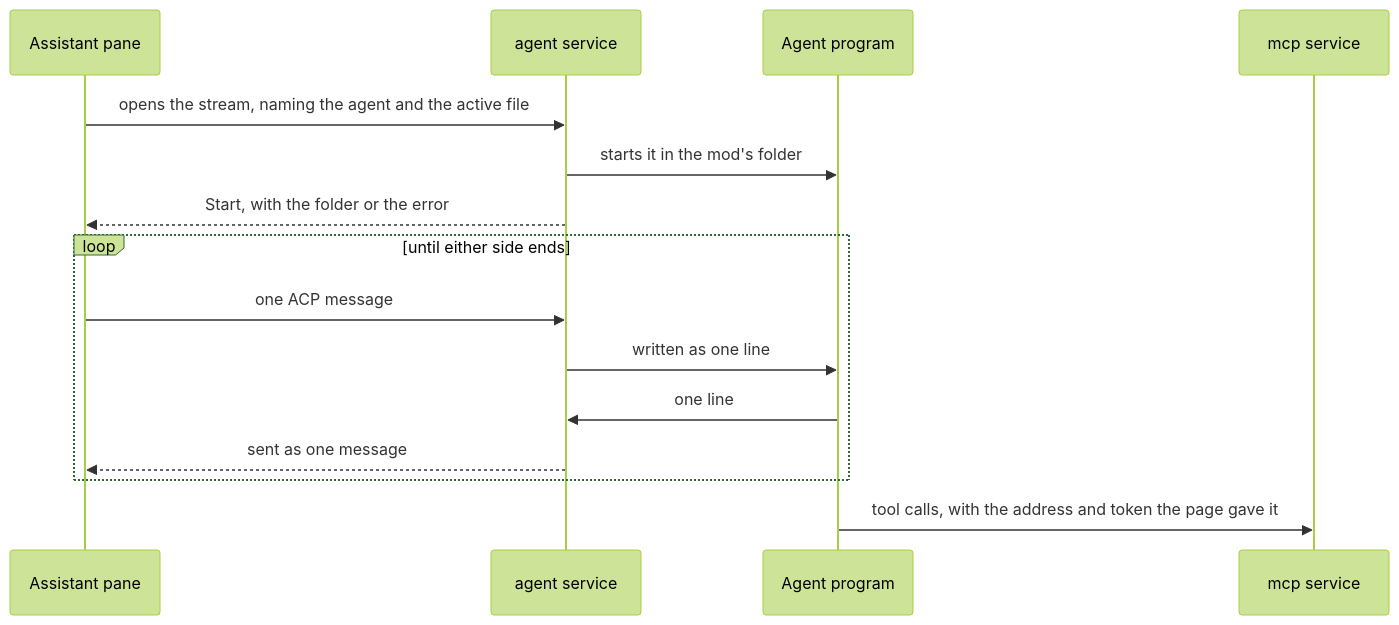
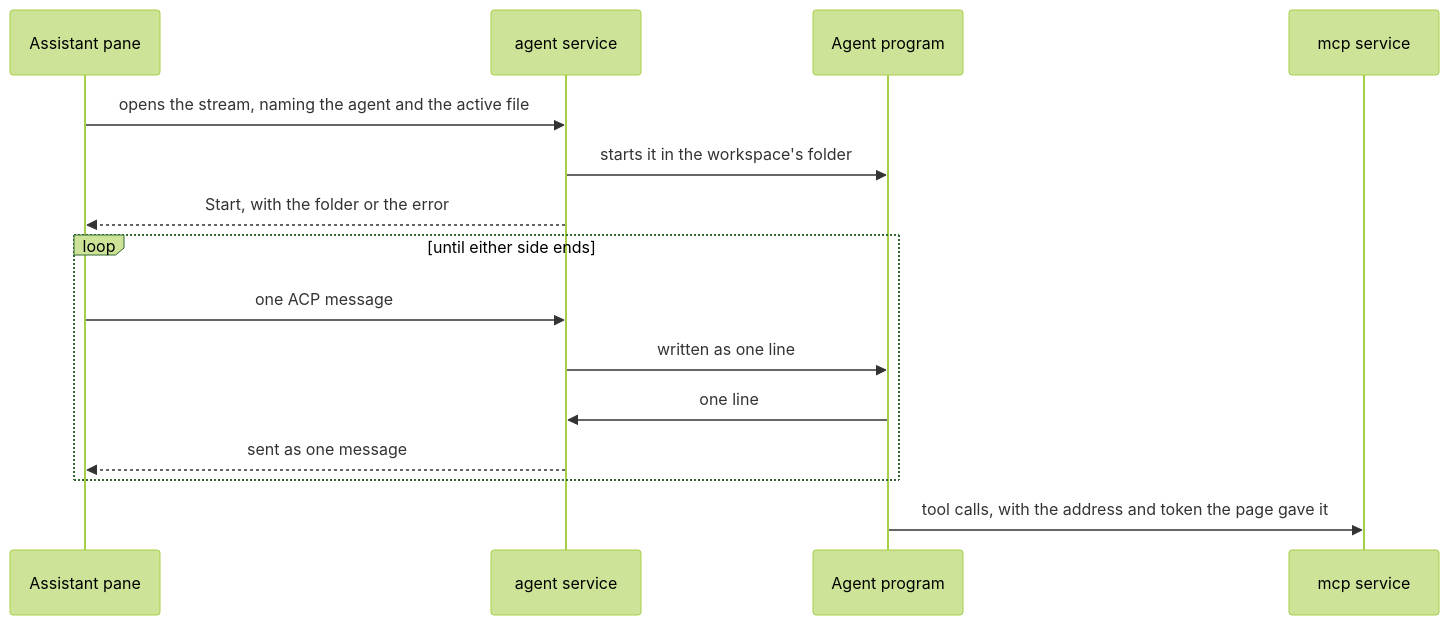
One commit to idodavis/paradox-modding-tools changed the diagram in services/agent/README.md. Above: the diagram before and after it, drawn with Mermaid (forest theme). The commit also changed other lines of this file and 69 other files, not shown here.

````diff
--- a/services/agent/README.md
+++ b/services/agent/README.md
@@ -17,17 +17,17 @@
 ```mermaid
 sequenceDiagram
   participant Page as Assistant pane
   participant Go as agent service
   participant Agent as Agent program
   participant MCP as mcp service
   Page->>Go: opens the stream, naming the agent and the active file
-  Go->>Agent: starts it in the mod's folder
+  Go->>Agent: starts it in the workspace's folder
   Go-->>Page: Start, with the folder or the error
   loop until either side ends
     Page->>Go: one ACP message
     Go->>Agent: written as one line
     Agent->>Go: one line
     Go-->>Page: sent as one message
   end
   Agent->>MCP: tool calls, with the address and token the page gave it
 ```
````
